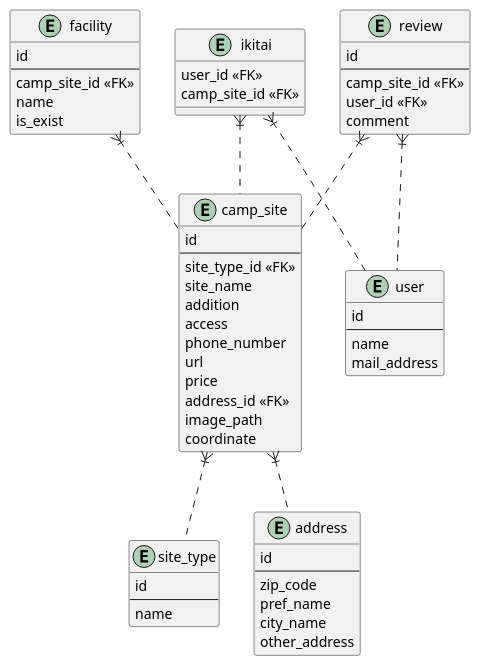
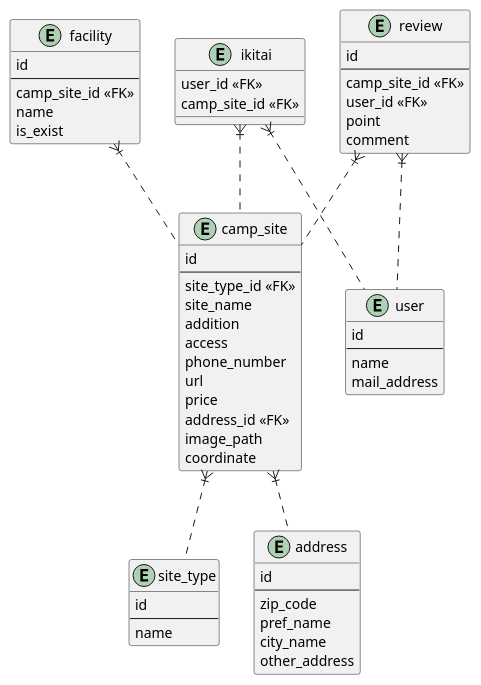
Before and after one commit to tamaki-tech/camp-ikitai: the diagram in camp_ikitai_doc/DataModel.pu, drawn with PlantUML.

Commit message:
データモデル微修正

```diff
--- a/camp_ikitai_doc/DataModel.pu
+++ b/camp_ikitai_doc/DataModel.pu
@@ -1,68 +1,69 @@
 @startuml
 
 entity site_type {
     id
     --
     name
 }
 
 entity address {
     id
     --
     zip_code
     pref_name
     city_name
     other_address
 }
 
 entity camp_site {
     id
     --
     site_type_id <<FK>>
     site_name
     addition
     access
     phone_number
     url
     price
     address_id <<FK>>
     image_path
     coordinate
 }
 camp_site }|.. site_type
 camp_site }|.. address
 
 entity facility {
     id
     --
     camp_site_id <<FK>>
     name
     is_exist
 }
 facility }|.. camp_site
 
 entity user {
     id
     --
     name
     mail_address
 }
 
 entity review {
     id
     --
     camp_site_id <<FK>>
     user_id <<FK>>
+    point
     comment
 }
 review }|.. camp_site
 review }|.. user
 
 entity ikitai {
     user_id <<FK>>
     camp_site_id <<FK>>
 }
 ikitai }|.. user
 ikitai }|.. camp_site
 
 @enduml
```
